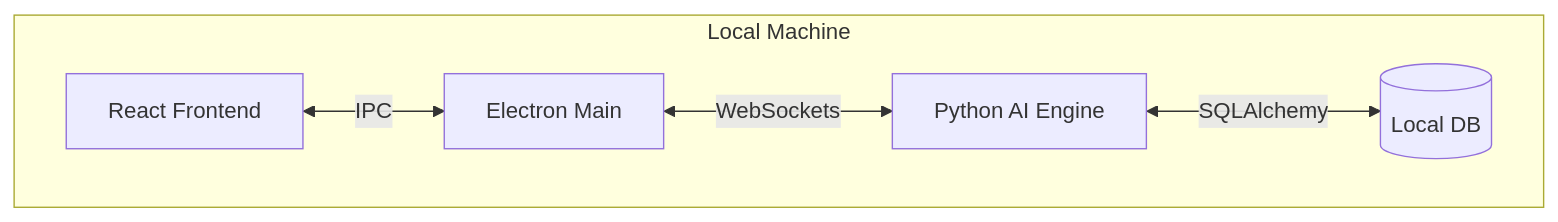
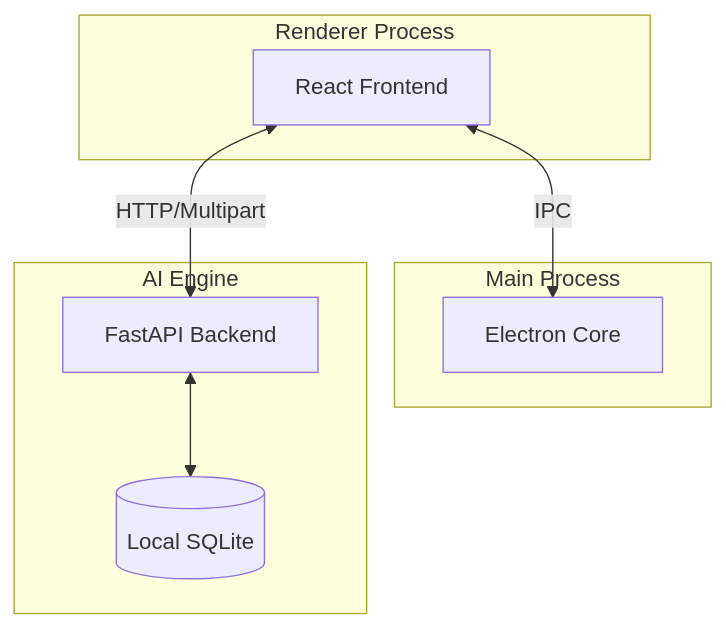
Before and after one commit to SuriAI/suri: the diagram in docs/ARCHITECTURE.md, drawn with Mermaid. The commit also changed other lines of this file and 28 other files, not shown here.

First line of the commit message:
refactor: migrate to multipart binary transport and direct api

````diff
--- a/docs/ARCHITECTURE.md
+++ b/docs/ARCHITECTURE.md
@@ -7,8 +7,19 @@
 ```mermaid
 graph TD
-    subgraph Local [Local Machine]
-        UI[React Frontend] <-->|IPC| Main[Electron Main]
-        Main <-->|WebSockets| AI[Python AI Engine]
-        AI <-->|SQLAlchemy| SQLite[(Local DB)]
+    subgraph UI [Renderer Process]
+        React[React Frontend]
     end
+
+    subgraph Main [Main Process]
+        Electron[Electron Core]
+    end
+
+    subgraph Backend [AI Engine]
+        FastAPI[FastAPI Backend]
+        DB[(Local SQLite)]
+    end
+
+    React <-->|IPC| Electron
+    React <-->|HTTP/Multipart| FastAPI
+    FastAPI <--> DB
 ```
````
